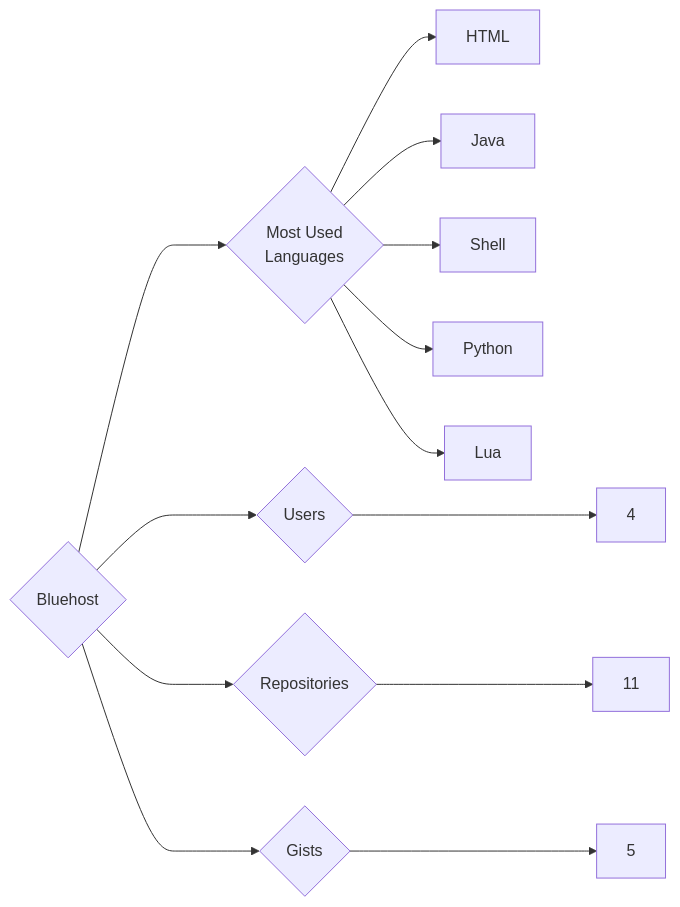
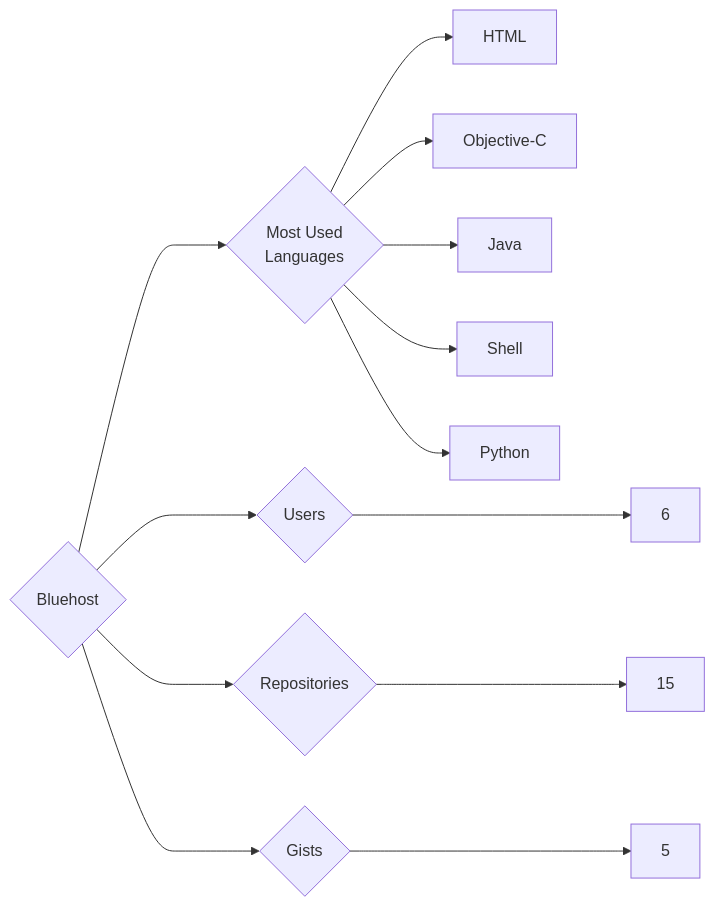
Before and after one commit to trickest/insiders: the diagram in targets/Bluehost/README.md, drawn with Mermaid. The commit also changed 873 other files, not shown here.

````diff
--- a/targets/Bluehost/README.md
+++ b/targets/Bluehost/README.md
@@ -3,13 +3,13 @@
 ```mermaid
 graph LR
 COMPANY_NAME{Bluehost}
-COMPANY_NAME ---> U{Users} ---> UN[4]
-COMPANY_NAME ---> R{Repositories} ---> RN[11]
+COMPANY_NAME ---> U{Users} ---> UN[6]
+COMPANY_NAME ---> R{Repositories} ---> RN[15]
 COMPANY_NAME ---> G{Gists} ---> GN[5]
 COMPANY_NAME ---> ML{Most Used<br>Languages}
 ML --> HTML[HTML]
+ML --> Objective-C[Objective-C]
 ML --> Java[Java]
 ML --> Shell[Shell]
 ML --> Python[Python]
-ML --> Lua[Lua]
 ```
````
